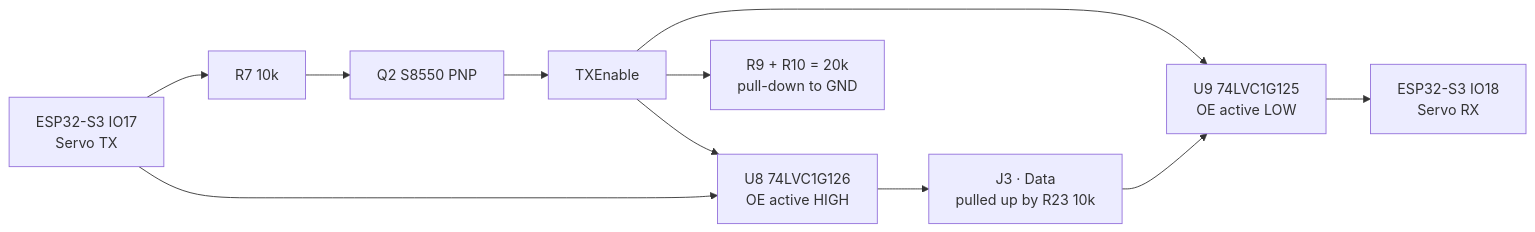
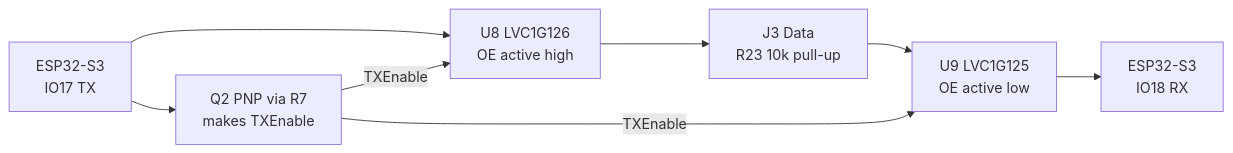
Before and after one commit to Mac-Lego-RMS/JetsonOrinNano: the second of 2 diagrams in docs/journal/03-power-sensors.md, drawn with Mermaid. The commit also changed other lines of this file, not shown here.

First line of the commit message:
Make the power path diagram legible and correct the collision argument

````diff
--- a/docs/journal/03-power-sensors.md
+++ b/docs/journal/03-power-sensors.md
@@ -584,12 +579,10 @@
 ```mermaid
 flowchart LR
-  TX["ESP32-S3 IO17<br/>Servo TX"] --> R7["R7 10k"] --> Q2["Q2 S8550 PNP"]
-  Q2 --> TXEN["TXEnable"]
-  TXEN --> U8["U8 74LVC1G126<br/>OE active HIGH"]
-  TXEN --> U9["U9 74LVC1G125<br/>OE active LOW"]
-  TX --> U8
-  U8 --> BUS["J3 · Data<br/>pulled up by R23 10k"]
+  TX["ESP32-S3<br/>IO17 TX"] --> U8["U8 LVC1G126<br/>OE active high"]
+  TX --> Q2["Q2 PNP via R7<br/>makes TXEnable"]
+  Q2 -- TXEnable --> U8
+  Q2 -- TXEnable --> U9["U9 LVC1G125<br/>OE active low"]
+  U8 --> BUS["J3 Data<br/>R23 10k pull-up"]
   BUS --> U9
-  U9 --> RX["ESP32-S3 IO18<br/>Servo RX"]
-  TXEN --> DIV["R9 + R10 = 20k<br/>pull-down to GND"]
+  U9 --> RX["ESP32-S3<br/>IO18 RX"]
 ```
````
